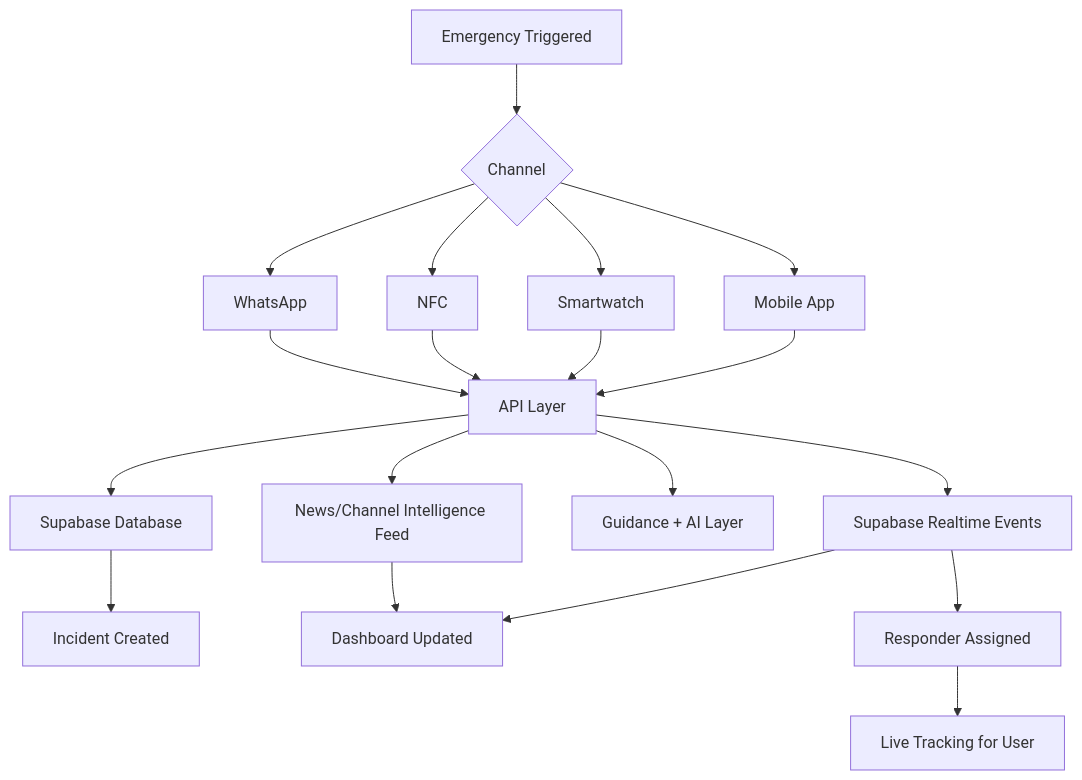
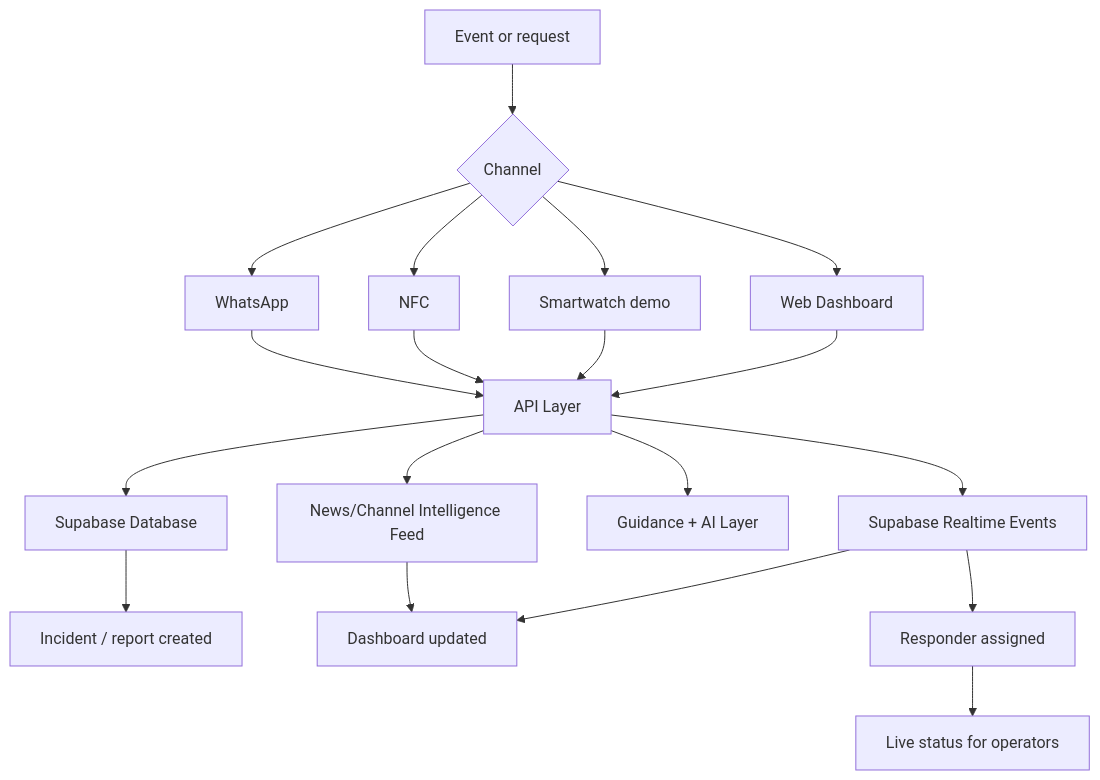
One commit to Shrit1401/PUHackathon changed the first of 4 diagrams in README.md. Above: the diagram before and after it, drawn with Mermaid. The commit also changed other lines of this file, not shown here.

First line of the commit message:
docs: align README with web-first channels (no smartphone hero)

````diff
--- a/README.md
+++ b/README.md
@@ -91,24 +89,24 @@
 ```mermaid
 flowchart TD
-    A[Emergency Triggered] --> B{Channel}
-    B --> C[Mobile App]
-    B --> D[Smartwatch]
+    A[Event or request] --> B{Channel}
+    B --> C[Web Dashboard]
+    B --> D[Smartwatch demo]
     B --> E[NFC]
     B --> F[WhatsApp]
 
     C --> G[API Layer]
     D --> G
     E --> G
     F --> G
 
     G --> H[Supabase Database]
     G --> I[Supabase Realtime Events]
     G --> J[Guidance + AI Layer]
     G --> O[News/Channel Intelligence Feed]
 
-    H --> K[Incident Created]
-    I --> L[Dashboard Updated]
-    I --> M[Responder Assigned]
+    H --> K[Incident / report created]
+    I --> L[Dashboard updated]
+    I --> M[Responder assigned]
     O --> L
-    M --> N[Live Tracking for User]
+    M --> N[Live status for operators]
 ```
````
